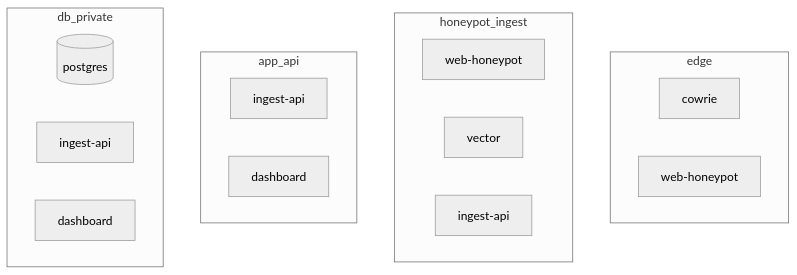
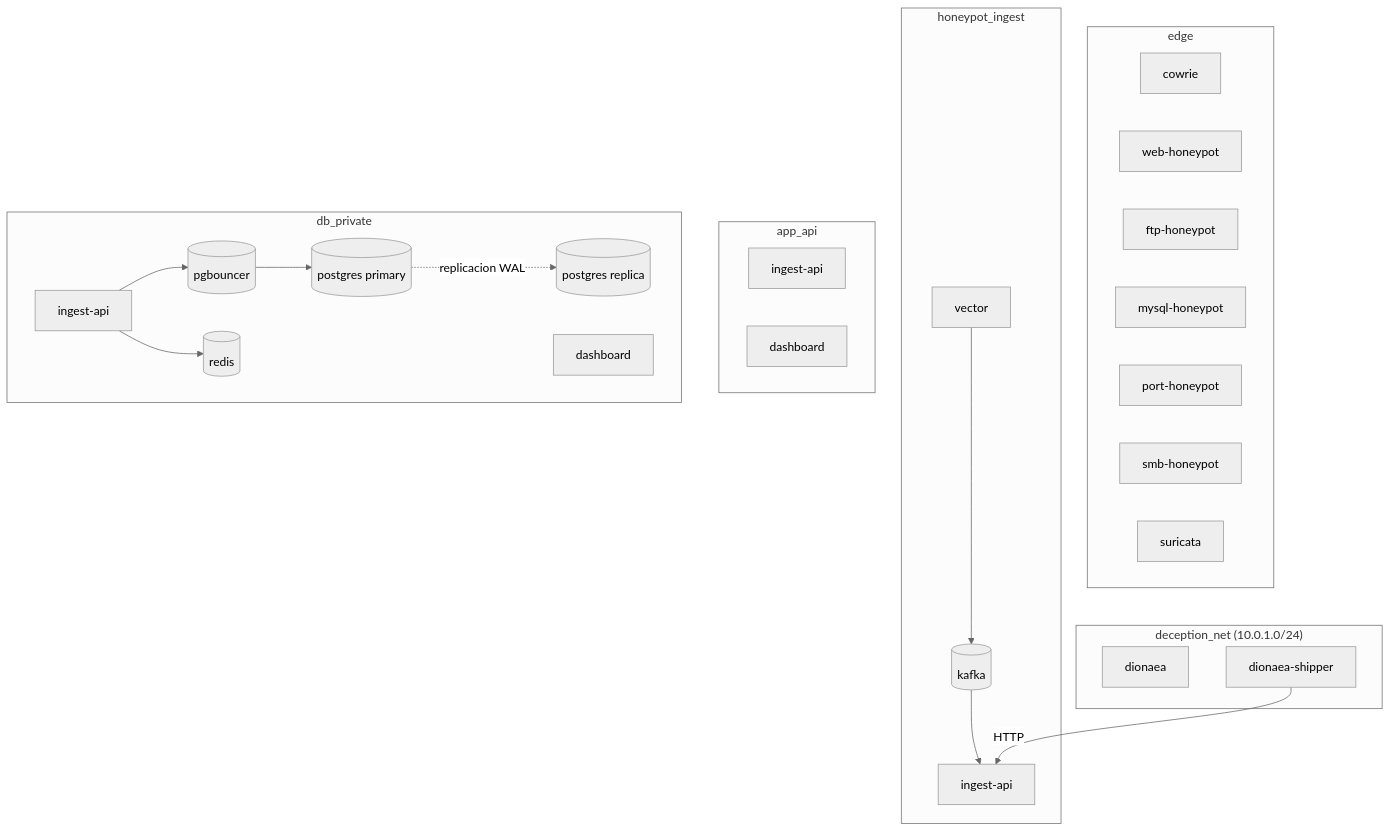
Before and after one commit to elrichi31/honeypot-ai: diagram 14 of 15 in apps/docs/src/content/docs/architecture.md, drawn with Mermaid (neutral theme). The commit also changed other lines of this file and 22 other files, not shown here.

````diff
--- a/apps/docs/src/content/docs/architecture.md
+++ b/apps/docs/src/content/docs/architecture.md
@@ -326,21 +479,39 @@
 ```mermaid
 graph TD
     subgraph edge
         COW[cowrie]
         WEB[web-honeypot]
+        FTP[ftp-honeypot]
+        MYSQLH[mysql-honeypot]
+        PORTH[port-honeypot]
+        SMBH[smb-honeypot]
+        SURI[suricata]
+    end
+    subgraph deception_net["deception_net (10.0.1.0/24)"]
+        DION[dionaea]
+        DIONS[dionaea-shipper]
     end
     subgraph honeypot_ingest
-        WEB2[web-honeypot]
         VEC[vector]
+        KAFKA[(kafka)]
         API2[ingest-api]
     end
     subgraph app_api
         API3[ingest-api]
         DASH[dashboard]
     end
     subgraph db_private
-        DB[(postgres)]
+        PB[(pgbouncer)]
+        DB[(postgres primary)]
+        DBR[(postgres replica)]
+        RD[(redis)]
         API4[ingest-api]
         DASH2[dashboard]
     end
+
+    VEC --> KAFKA --> API2
+    DIONS -->|HTTP| API2
+    API4 --> PB --> DB
+    DB -.->|replicacion WAL| DBR
+    API4 --> RD
 ```
````
